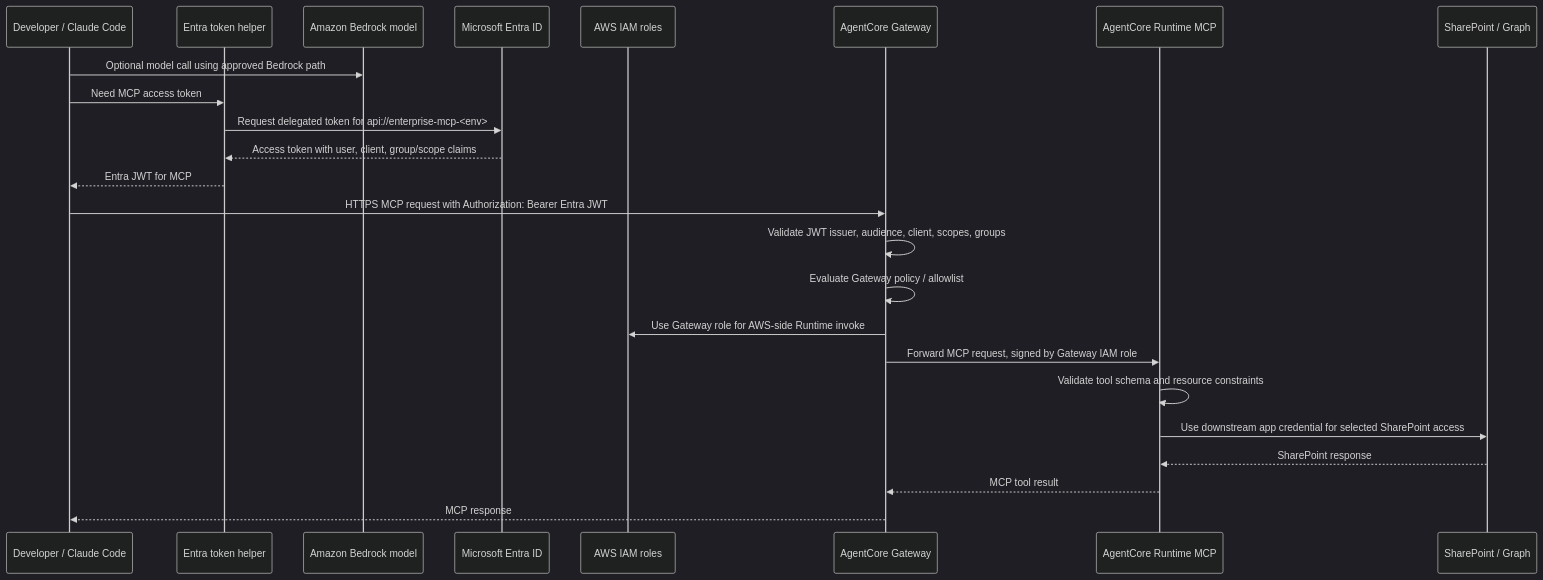
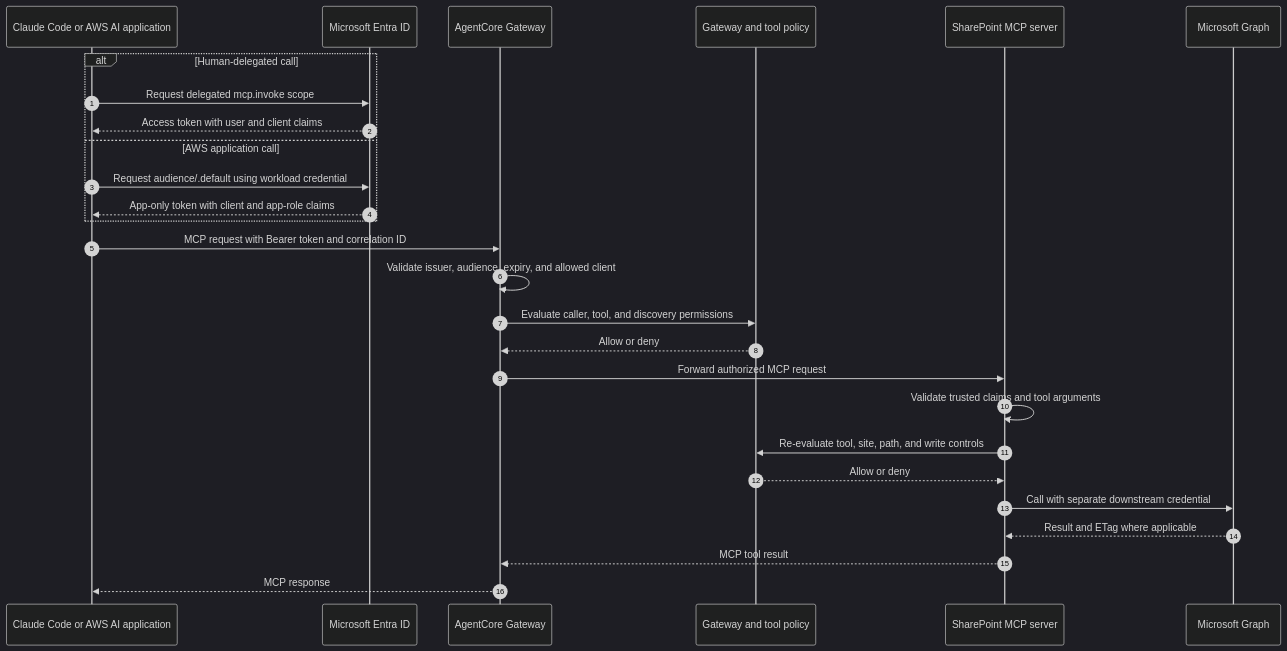
Before and after one commit to ron8520/mcp_poc: the second of 2 diagrams in README.md, drawn with Mermaid (dark theme). The commit also changed other lines of this file, not shown here.

Commit message:
simplify standalone developer README

````diff
--- a/README.md
+++ b/README.md
@@ -374,27 +84,31 @@
 ```mermaid
 sequenceDiagram
-    participant Dev as Developer / Claude Code
-    participant Helper as Entra token helper
-    participant Bedrock as Amazon Bedrock model
+    autonumber
+    participant Caller as Claude Code or AWS AI application
     participant Entra as Microsoft Entra ID
-    participant IAM as AWS IAM roles
-    participant GW as AgentCore Gateway
-    participant RT as AgentCore Runtime MCP
-    participant SP as SharePoint / Graph
+    participant Gateway as AgentCore Gateway
+    participant Policy as Gateway and tool policy
+    participant Server as SharePoint MCP server
+    participant Graph as Microsoft Graph
 
-    Dev->>Bedrock: Optional model call using approved Bedrock path
-    Dev->>Helper: Need MCP access token
-    Helper->>Entra: Request delegated token for api://enterprise-mcp-<env>
-    Entra-->>Helper: Access token with user, client, group/scope claims
-    Helper-->>Dev: Entra JWT for MCP
-    Dev->>GW: HTTPS MCP request with Authorization: Bearer Entra JWT
-    GW->>GW: Validate JWT issuer, audience, client, scopes, groups
-    GW->>GW: Evaluate Gateway policy / allowlist
-    GW->>IAM: Use Gateway role for AWS-side Runtime invoke
-    GW->>RT: Forward MCP request, signed by Gateway IAM role
-    RT->>RT: Validate tool schema and resource constraints
-    RT->>SP: Use downstream app credential for selected SharePoint access
-    SP-->>RT: SharePoint response
-    RT-->>GW: MCP tool result
-    GW-->>Dev: MCP response
+    alt Human-delegated call
+        Caller->>Entra: Request delegated mcp.invoke scope
+        Entra-->>Caller: Access token with user and client claims
+    else AWS application call
+        Caller->>Entra: Request audience/.default using workload credential
+        Entra-->>Caller: App-only token with client and app-role claims
+    end
+
+    Caller->>Gateway: MCP request with Bearer token and correlation ID
+    Gateway->>Gateway: Validate issuer, audience, expiry, and allowed client
+    Gateway->>Policy: Evaluate caller, tool, and discovery permissions
+    Policy-->>Gateway: Allow or deny
+    Gateway->>Server: Forward authorized MCP request
+    Server->>Server: Validate trusted claims and tool arguments
+    Server->>Policy: Re-evaluate tool, site, path, and write controls
+    Policy-->>Server: Allow or deny
+    Server->>Graph: Call with separate downstream credential
+    Graph-->>Server: Result and ETag where applicable
+    Server-->>Gateway: MCP tool result
+    Gateway-->>Caller: MCP response
 ```
````
